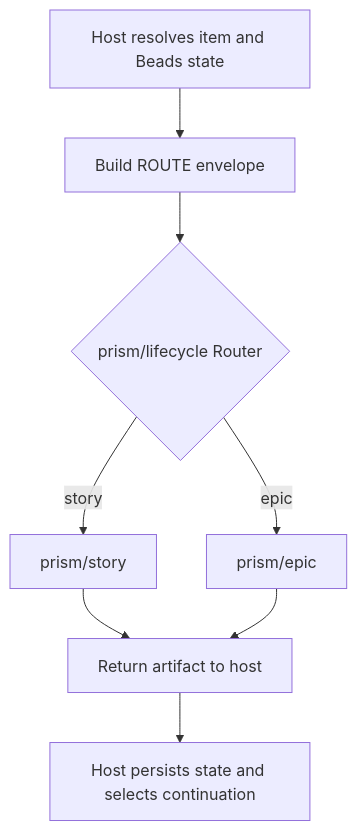
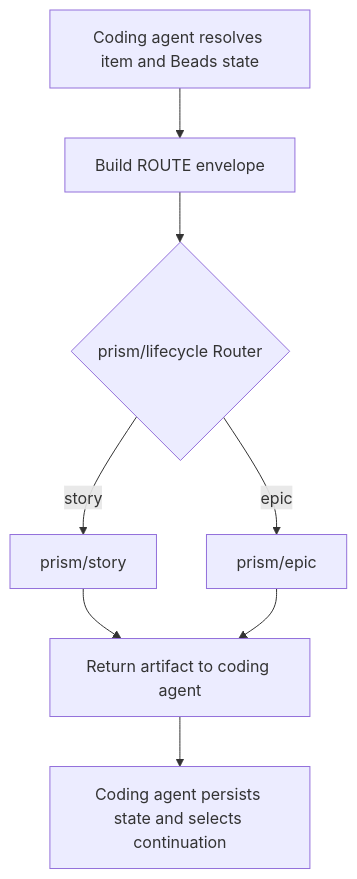
One commit to baldaworks/prism-callee changed the diagram in docs/architecture-callee-lifecycle.md. Above: the diagram before and after it, drawn with Mermaid. The commit also changed other lines of this file and 2 other files, not shown here.

Commit message:
docs: use coding agent terminology

````diff
--- a/docs/architecture-callee-lifecycle.md
+++ b/docs/architecture-callee-lifecycle.md
@@ -27,10 +27,10 @@
 ```mermaid
 flowchart TB
-    H["Host resolves item and Beads state"] --> E["Build ROUTE envelope"]
+    H["Coding agent resolves item and Beads state"] --> E["Build ROUTE envelope"]
     E --> R{"prism/lifecycle Router"}
     R -->|story| S["prism/story"]
     R -->|epic| P["prism/epic"]
-    S --> O["Return artifact to host"]
+    S --> O["Return artifact to coding agent"]
     P --> O
-    O --> B["Host persists state and selects continuation"]
+    O --> B["Coding agent persists state and selects continuation"]
 ```
````
